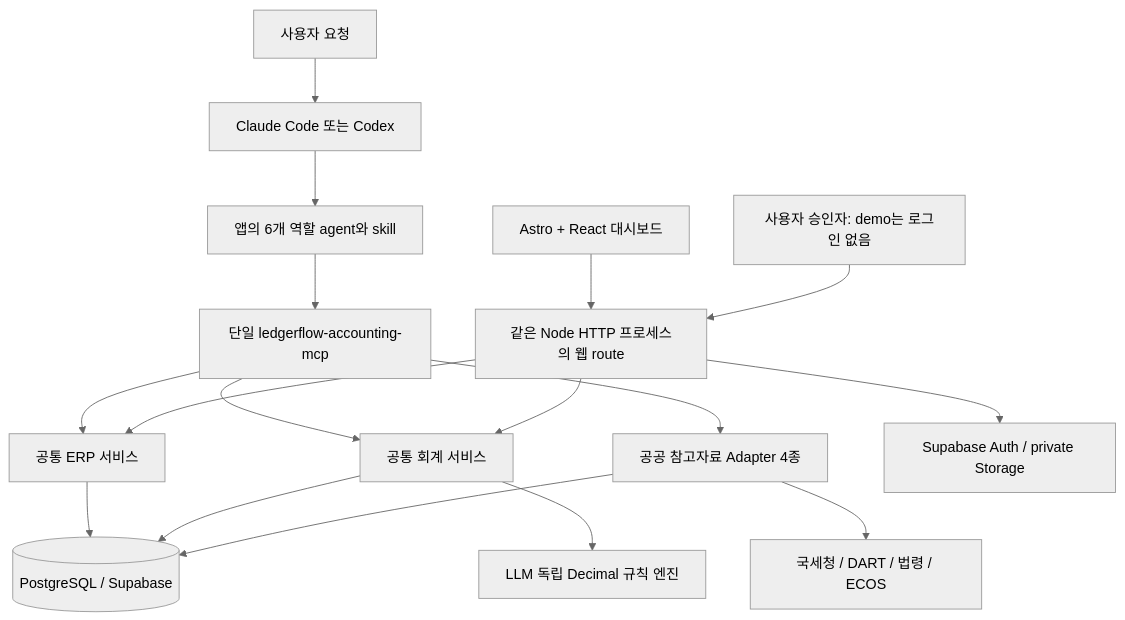
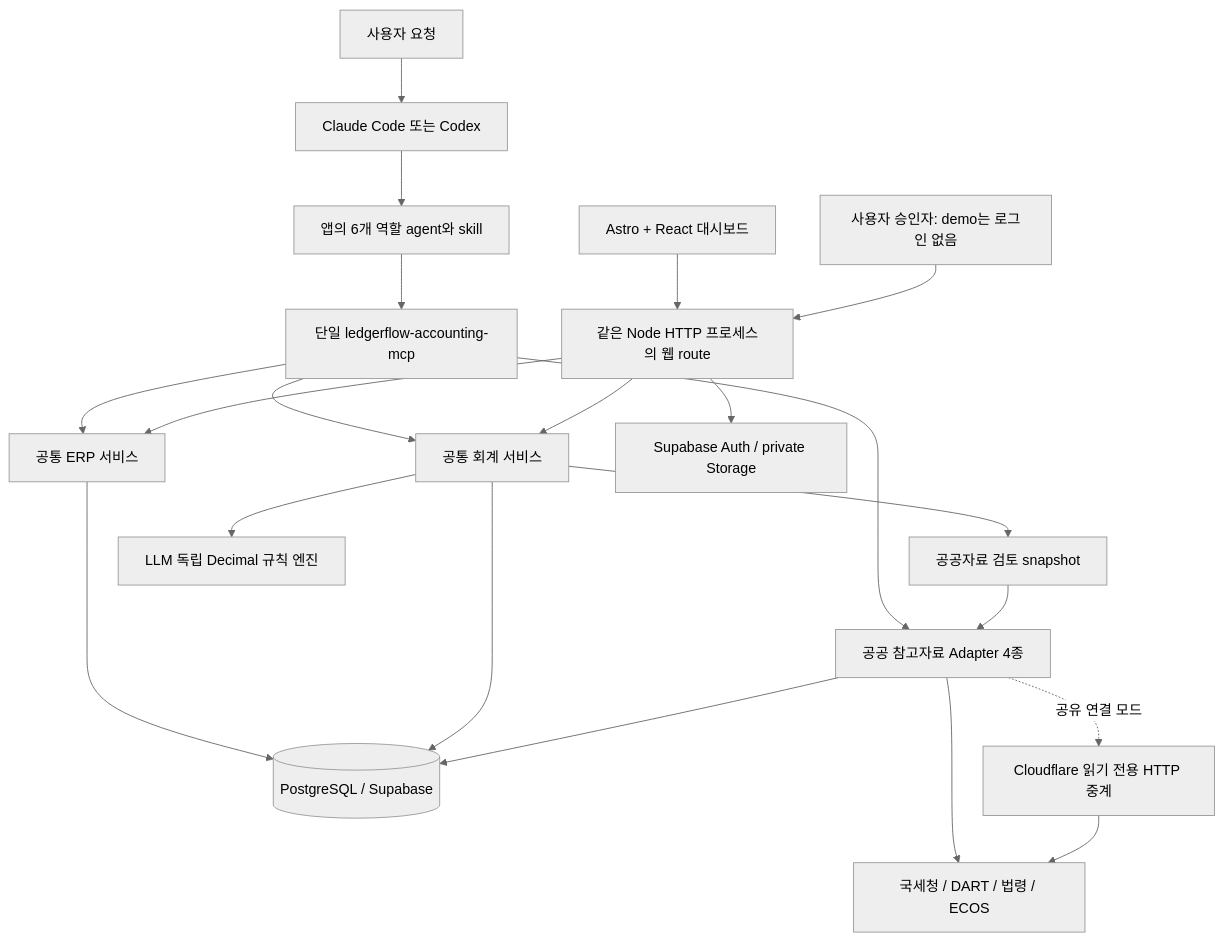
One commit to osh3772-star/ledgerflow-ai changed the first of 3 diagrams in docs/ARCHITECTURE.md. Above: the diagram before and after it, drawn with Mermaid (neutral theme). The commit also changed other lines of this file and 49 other files, not shown here.

````diff
--- a/docs/ARCHITECTURE.md
+++ b/docs/ARCHITECTURE.md
@@ -9,19 +9,23 @@
 ```mermaid
 flowchart TD
   U[사용자 요청] --> C[Claude Code 또는 Codex]
   C --> R[앱의 6개 역할 agent와 skill]
   R --> M[단일 ledgerflow-accounting-mcp]
   M --> E[공통 ERP 서비스]
   M --> A[공통 회계 서비스]
   M --> P[공공 참고자료 Adapter 4종]
+  A --> V[공공자료 검토 snapshot]
+  V --> P
   A --> K[LLM 독립 Decimal 규칙 엔진]
   E --> D[(PostgreSQL / Supabase)]
   A --> D
   P --> N[국세청 / DART / 법령 / ECOS]
+  P -. 공유 연결 모드 .-> G[Cloudflare 읽기 전용 HTTP 중계]
+  G --> N
   P --> D
   W[Astro + React 대시보드] --> H[같은 Node HTTP 프로세스의 웹 route]
   H --> A
   H --> E
   H --> S[Supabase Auth / private Storage]
   HU[사용자 승인자: demo는 로그인 없음] --> H
 ```
````
